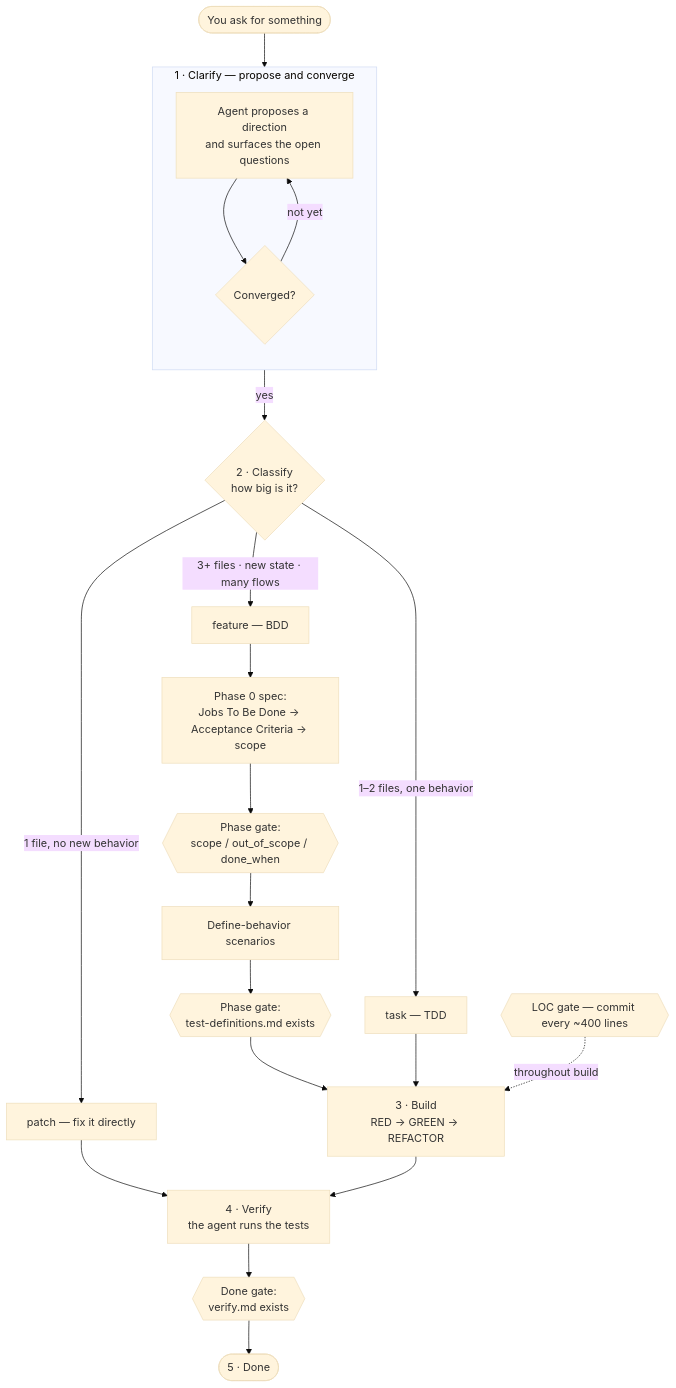
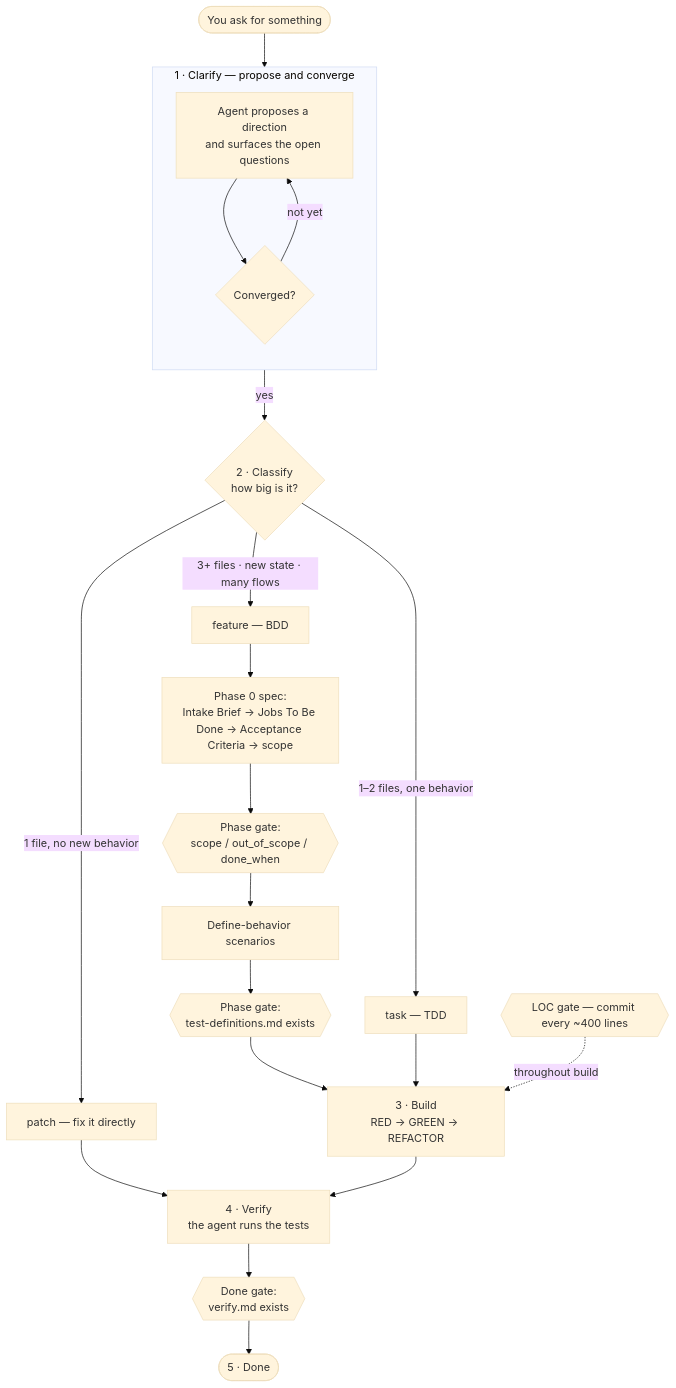
One commit to ArcadeAI/safeword changed the diagram in packages/website/src/content/docs/getting-started/workflow.mdx. Above: the diagram before and after it, drawn with Mermaid (base theme). The commit also changed other lines of this file and 1 other file, not shown here.

Commit message:
NWFT20: verify.md + fix workflow.mdx doc drift (brief as rung 0)
Full suite green (3208), build/lint/tsc clean, 2/2 scenarios, parity 5/5,
no dep drift. /audit passed; fixed workflow.mdx intake order to include the
Intake Brief rung (diagram + prose).

Claude-Session: https://claude.ai/code/session_0129jvtC7DC9vnSdEZnC6add

````diff
--- a/packages/website/src/content/docs/getting-started/workflow.mdx
+++ b/packages/website/src/content/docs/getting-started/workflow.mdx
@@ -10,34 +10,34 @@
 ```mermaid
 flowchart TD
     start([You ask for something])
     start --> propose
 
     subgraph clarify ["1 · Clarify — propose and converge"]
       direction TB
       propose["Agent proposes a direction<br/>and surfaces the open questions"]
       converged{"Converged?"}
       propose --> converged
       converged -->|"not yet"| propose
     end
 
     converged -->|"yes"| classify{"2 · Classify<br/>how big is it?"}
 
     classify -->|"1 file, no new behavior"| patch["patch — fix it directly"]
     classify -->|"1–2 files, one behavior"| task["task — TDD"]
     classify -->|"3+ files · new state · many flows"| feature["feature — BDD"]
 
-    feature --> phase0["Phase 0 spec:<br/>Jobs To Be Done → Acceptance Criteria → scope"]
+    feature --> phase0["Phase 0 spec:<br/>Intake Brief → Jobs To Be Done → Acceptance Criteria → scope"]
     phase0 --> g1{{"Phase gate:<br/>scope / out_of_scope / done_when"}}
     g1 --> scenarios["Define-behavior scenarios"]
     scenarios --> g2{{"Phase gate:<br/>test-definitions.md exists"}}
     g2 --> build
 
     task --> build["3 · Build<br/>RED → GREEN → REFACTOR"]
     patch --> verify
 
     build --> verify["4 · Verify<br/>the agent runs the tests"]
     verify --> g3{{"Done gate:<br/>verify.md exists"}}
     g3 --> done([5 · Done])
 
     loc{{"LOC gate — commit every ~400 lines"}} -.->|throughout build| build
 ```
````
